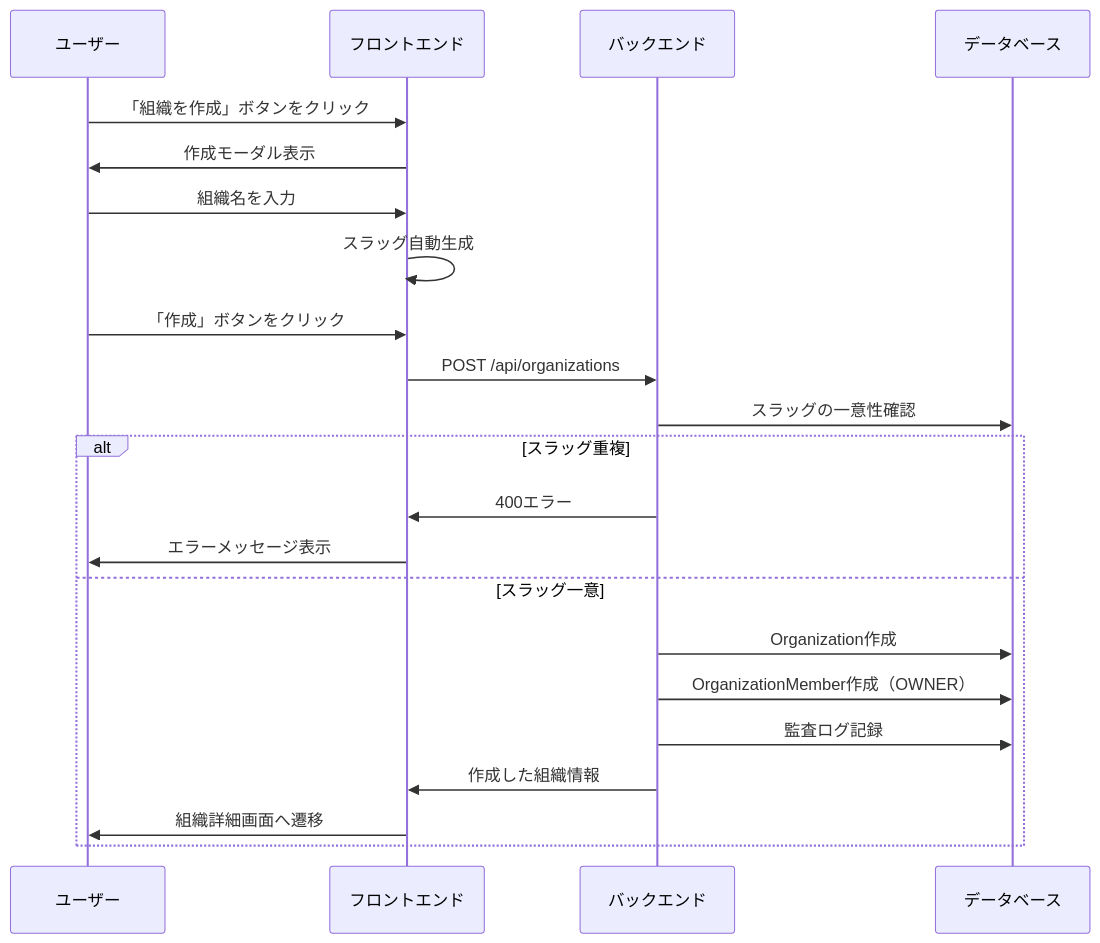
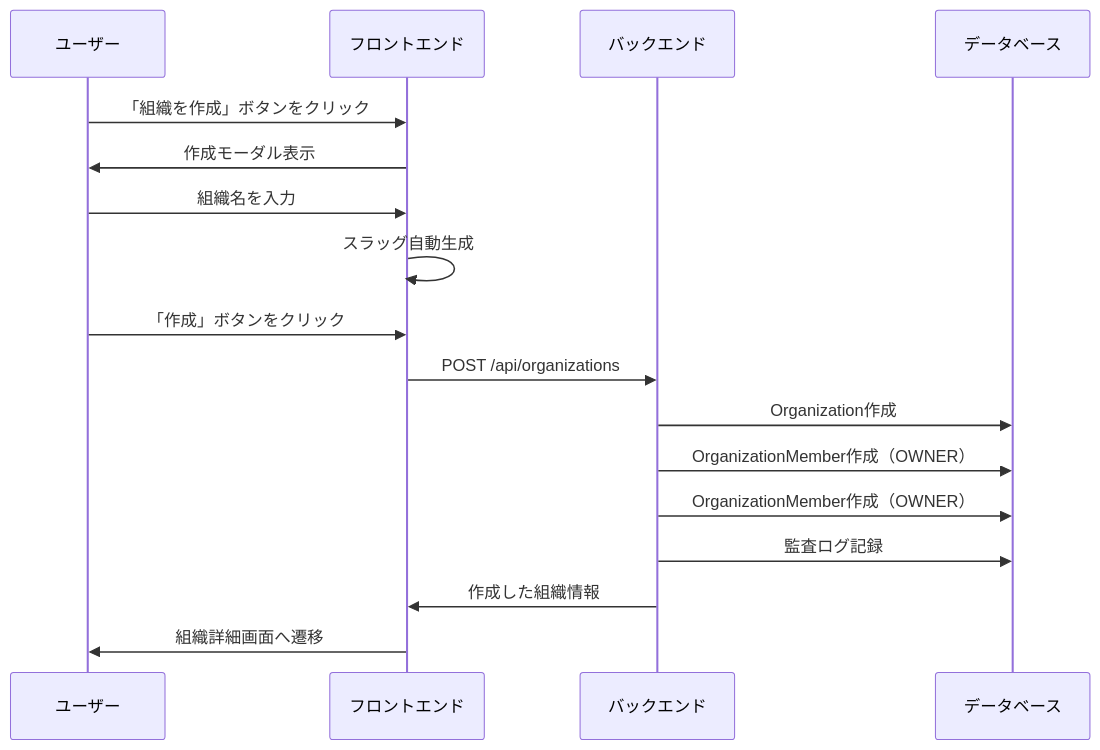
Before and after one commit to tsutsumi389/agentest: the first of 5 diagrams in docs/architecture/features/organization.md, drawn with Mermaid. The commit also changed other lines of this file and 7 other files, not shown here.

````diff
--- a/docs/architecture/features/organization.md
+++ b/docs/architecture/features/organization.md
@@ -109,25 +105,20 @@
 ```mermaid
 sequenceDiagram
     participant U as ユーザー
     participant F as フロントエンド
     participant B as バックエンド
     participant DB as データベース
 
     U->>F: 「組織を作成」ボタンをクリック
     F->>U: 作成モーダル表示
     U->>F: 組織名を入力
     F->>F: スラッグ自動生成
     U->>F: 「作成」ボタンをクリック
     F->>B: POST /api/organizations
-    B->>DB: スラッグの一意性確認
-    alt スラッグ重複
-        B->>F: 400エラー
-        F->>U: エラーメッセージ表示
-    else スラッグ一意
-        B->>DB: Organization作成
+    B->>DB: Organization作成
         B->>DB: OrganizationMember作成（OWNER）
-        B->>DB: 監査ログ記録
-        B->>F: 作成した組織情報
-        F->>U: 組織詳細画面へ遷移
-    end
+    B->>DB: OrganizationMember作成（OWNER）
+    B->>DB: 監査ログ記録
+    B->>F: 作成した組織情報
+    F->>U: 組織詳細画面へ遷移
 ```
````
